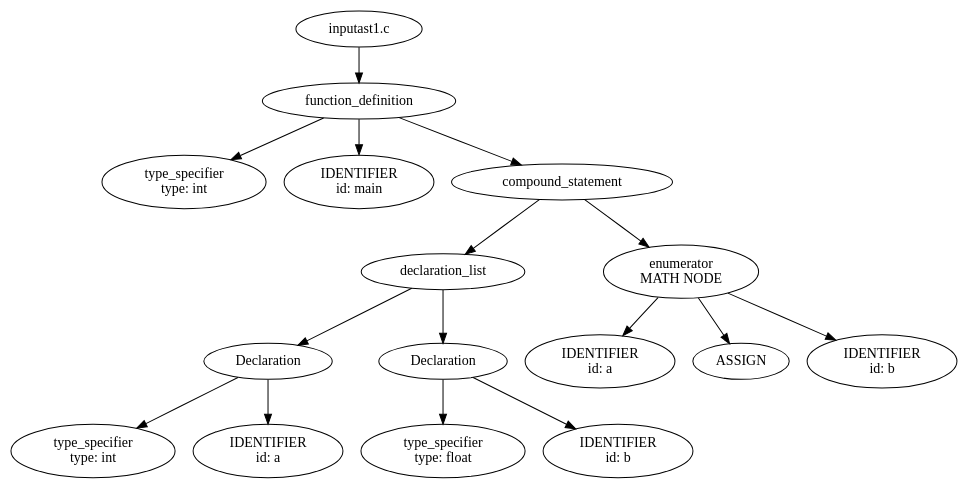
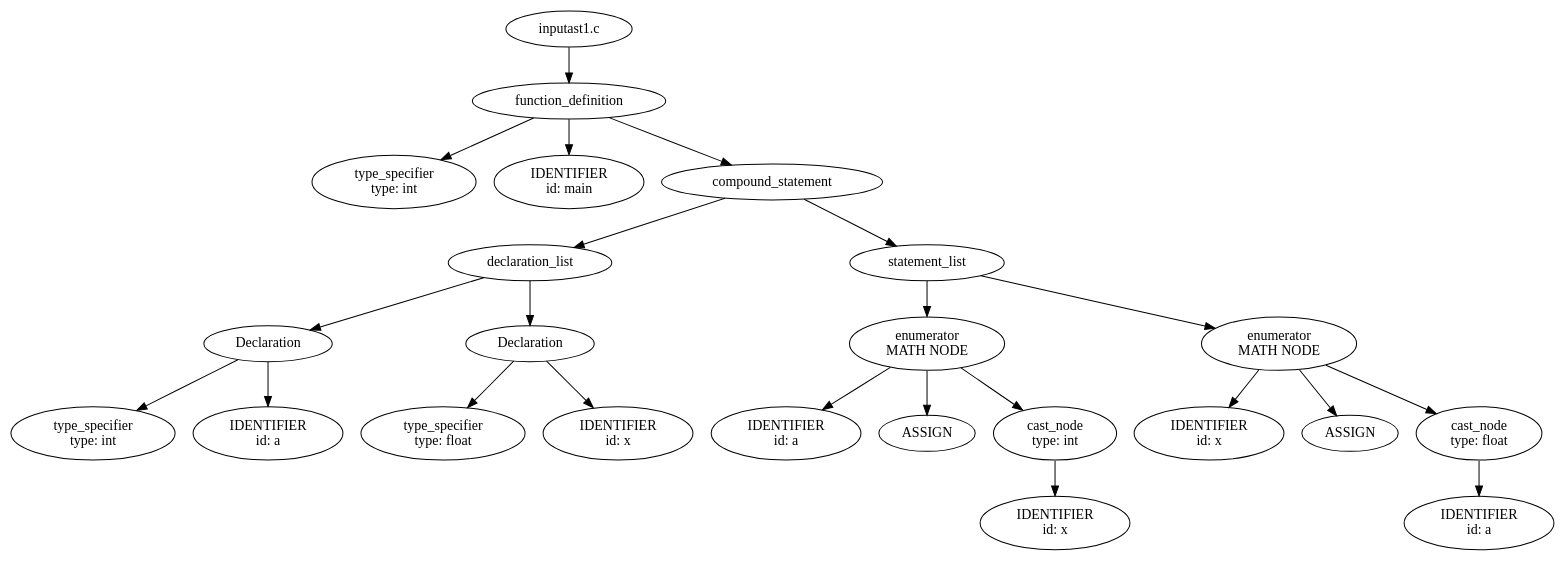
One commit to matthewbeck1998/bgp changed the diagram in bgp/output/treeOut.dot. Above: the diagram before and after it, drawn with Graphviz. The commit also changed 3 other files, not shown here.

Commit message:
Dear Dr. Harris, I made a cast node for assignment operations. Love, Price

```diff
--- a/bgp/output/treeOut.dot
+++ b/bgp/output/treeOut.dot
@@ -1,50 +1,73 @@
 digraph G {
 0[label = "input\ast1.c"];
-0 -> 15
-15[label = "function_definition"];
-15 -> 1
+0 -> 22
+22[label = "function_definition"];
+22 -> 1
 1[label = "type_specifier
 type: int
 "];
-15 -> 2
+22 -> 2
 2[label = "IDENTIFIER
 id: main
 "];
-15 -> 14
-14[label = "compound_statement"];
-14 -> 9
+22 -> 21
+21[label = "compound_statement"];
+21 -> 9
 9[label = "declaration_list"];
 9 -> 5
 5[label = "Declaration"];
 5 -> 3
 3[label = "type_specifier
 type: int
 "];
 5 -> 4
 4[label = "IDENTIFIER
 id: a
 "];
 9 -> 8
 8[label = "Declaration"];
 8 -> 6
 6[label = "type_specifier
 type: float
 "];
 8 -> 7
 7[label = "IDENTIFIER
-id: b
+id: x
 "];
-14 -> 13
+21 -> 20
+20[label = "statement_list"];
+20 -> 13
 13[label = "enumerator
 MATH NODE"];
 13 -> 10
 10[label = "IDENTIFIER
 id: a
 "];
 13 -> 11
 11[label = "ASSIGN"];
-13 -> 12
+13 -> 14
+14[label = "cast_node
+type: int
+"];
+14 -> 12
 12[label = "IDENTIFIER
-id: b
+id: x
+"];
+20 -> 18
+18[label = "enumerator
+MATH NODE"];
+18 -> 15
+15[label = "IDENTIFIER
+id: x
+"];
+18 -> 16
+16[label = "ASSIGN"];
+18 -> 19
+19[label = "cast_node
+type: float
+"];
+19 -> 17
+17[label = "IDENTIFIER
+id: a
 "];
 }
```
